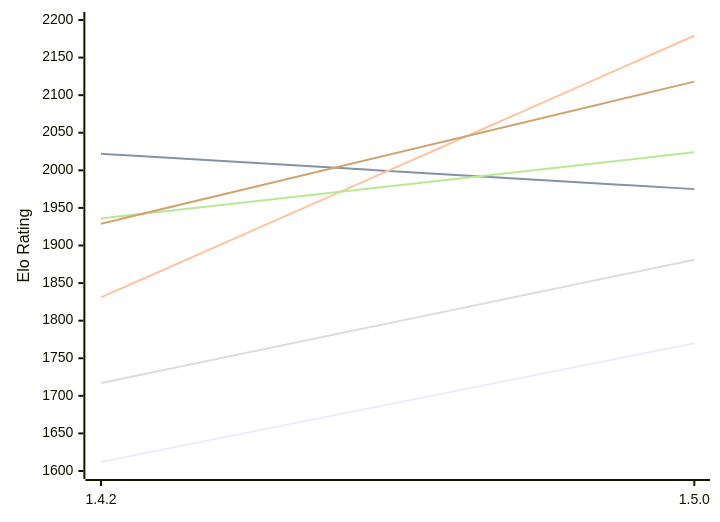
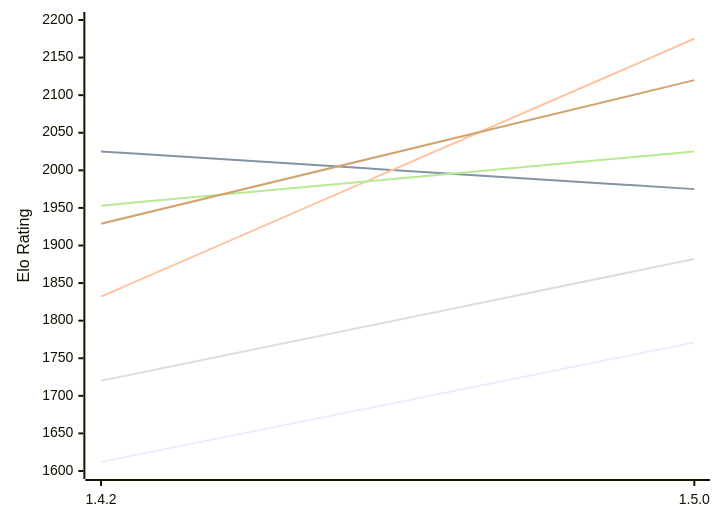
The first of 2 diagrams in engines/Zeppelin.md (computer-chess-index/cci), drawn with Mermaid before and after one commit. The commit also changed other lines of this file, not shown here.

Commit message:
Update CCI Ratings (ELO VLTC) - 2026-11-20

````diff
--- a/engines/Zeppelin.md
+++ b/engines/Zeppelin.md
@@ -57,12 +57,12 @@
 ```mermaid
 %%{init: {"theme":"base","themeVariables":{"seriesColors:['#a3a3a3','#222221','#faa371']}}}%%
 xychart-beta
   x-axis ["1.4.2", "1.5.0"]
   y-axis "Elo Rating" 1600 --> 2200
-  line "E1: STC (8.0+0.08s)" [1612, 1770]
-  line "E1: LTC (60.0+0.60s)" [2022, 1975]
-  line "E1: VLTC (2m24s+1.12s)" [1831, 2179]
-  line "P1: STC (8.0+0.08s)" [1717, 1881]
-  line "P1: LTC (60.0+0.60s)" [1936, 2024]
-  line "P1: VLTC (2m24s+1.12s)" [1929, 2118]
+  line "E1: STC (8.0+0.08s)" [1612, 1771]
+  line "E1: LTC (60.0+0.60s)" [2025, 1975]
+  line "E1: VLTC (2m24s+1.12s)" [1832, 2175]
+  line "P1: STC (8.0+0.08s)" [1720, 1882]
+  line "P1: LTC (60.0+0.60s)" [1953, 2025]
+  line "P1: VLTC (2m24s+1.12s)" [1929, 2120]
 ```
````
